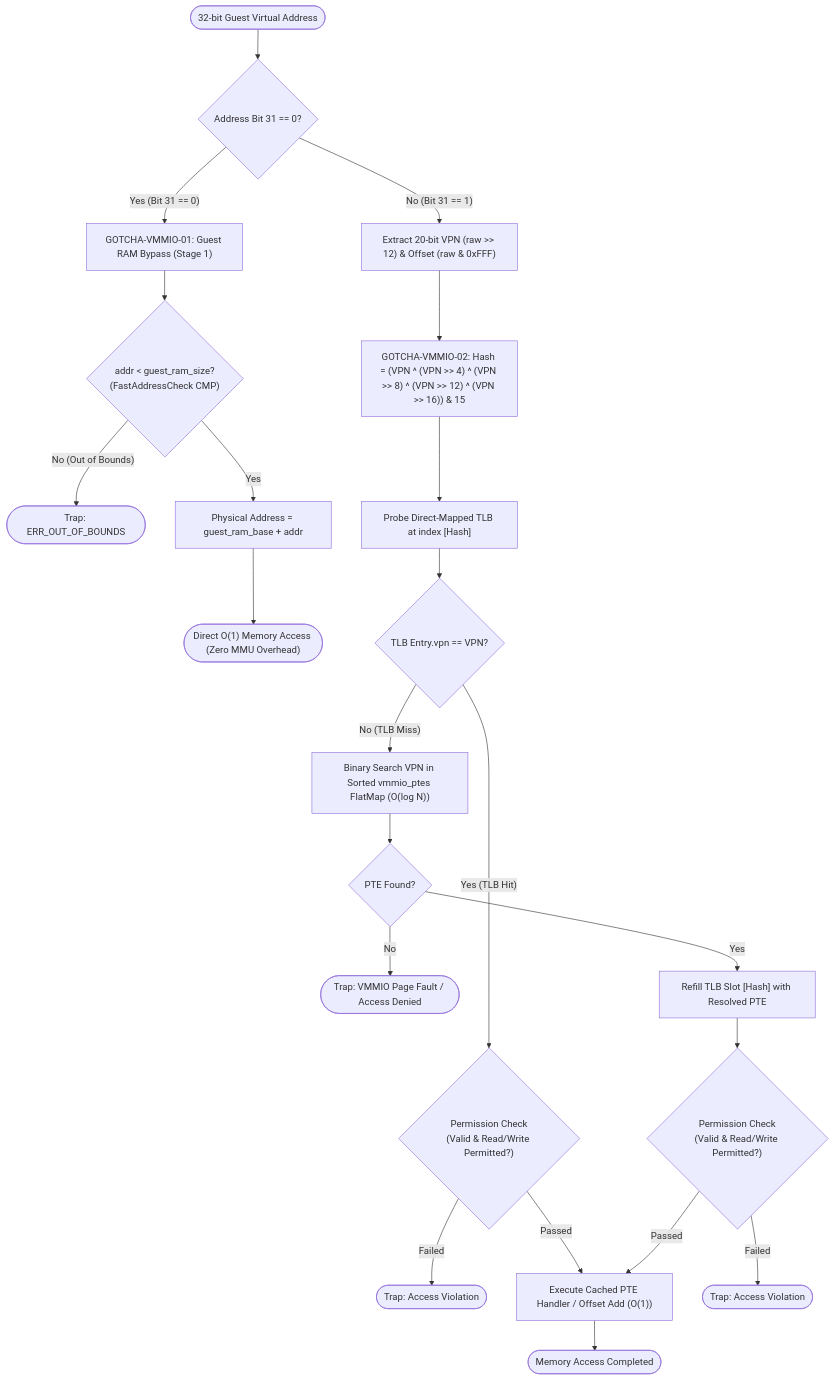
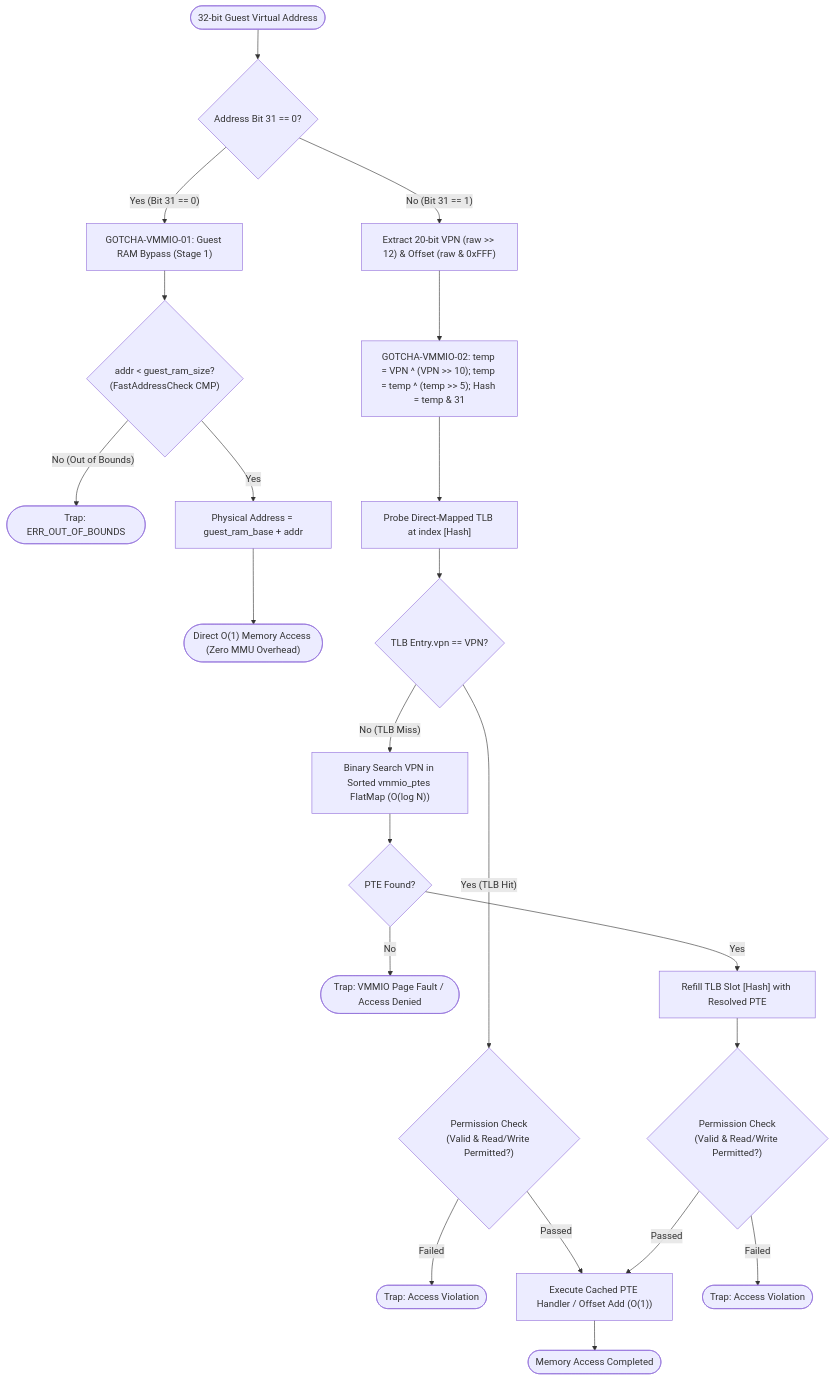
The second of 6 diagrams in docs/components/tier2_runtime/runtime_vmmio.md (kmt-t/fireball), drawn with Mermaid before and after one commit. The commit also changed other lines of this file and 24 other files, not shown here.

Commit message:
Expand TLB capacity and update Folding XOR mappings

````diff
--- a/docs/components/tier2_runtime/runtime_vmmio.md
+++ b/docs/components/tier2_runtime/runtime_vmmio.md
@@ -188,28 +188,28 @@
 ```mermaid
 flowchart TD
     Start(["32-bit Guest Virtual Address"]) --> CheckBit31{"Address Bit 31 == 0?"}
 
     CheckBit31 -- "Yes (Bit 31 == 0)" --> RAMBypass["GOTCHA-VMMIO-01: Guest RAM Bypass (Stage 1)"]
     RAMBypass --> CheckRAMBounds{"addr < guest_ram_size?<br/>(FastAddressCheck CMP)"}
     CheckRAMBounds -- "No (Out of Bounds)" --> TrapOOB(["Trap: ERR_OUT_OF_BOUNDS"])
     CheckRAMBounds -- "Yes" --> CalcRAM["Physical Address = guest_ram_base + addr"]
     CalcRAM --> DirectAccess(["Direct O(1) Memory Access (Zero MMU Overhead)"])
 
     CheckBit31 -- "No (Bit 31 == 1)" --> ExtractVPN["Extract 20-bit VPN (raw >> 12) & Offset (raw & 0xFFF)"]
-    ExtractVPN --> FoldingXOR["GOTCHA-VMMIO-02: Hash = (VPN ^ (VPN >> 4) ^ (VPN >> 8) ^ (VPN >> 12) ^ (VPN >> 16)) & 15"]
+    ExtractVPN --> FoldingXOR["GOTCHA-VMMIO-02: temp = VPN ^ (VPN >> 10); temp = temp ^ (temp >> 5); Hash = temp & 31"]
     FoldingXOR --> ProbeTLB["Probe Direct-Mapped TLB at index [Hash]"]
 
     ProbeTLB --> TLBHit{"TLB Entry.vpn == VPN?"}
     TLBHit -- "Yes (TLB Hit)" --> CheckPermHit{"Permission Check<br/>(Valid & Read/Write Permitted?)"}
     CheckPermHit -- "Failed" --> TrapAccessHit(["Trap: Access Violation"])
     CheckPermHit -- "Passed" --> ExecHandler["Execute Cached PTE Handler / Offset Add (O(1))"]
     ExecHandler --> Complete(["Memory Access Completed"])
 
     TLBHit -- "No (TLB Miss)" --> FlatMapWalk["Binary Search VPN in Sorted vmmio_ptes FlatMap (O(log N))"]
     FlatMapWalk --> WalkFound{"PTE Found?"}
     WalkFound -- "No" --> Fault(["Trap: VMMIO Page Fault / Access Denied"])
     WalkFound -- "Yes" --> RefillTLB["Refill TLB Slot [Hash] with Resolved PTE"]
     RefillTLB --> CheckPermMiss{"Permission Check<br/>(Valid & Read/Write Permitted?)"}
     CheckPermMiss -- "Failed" --> TrapAccessMiss(["Trap: Access Violation"])
     CheckPermMiss -- "Passed" --> ExecHandler
 ```
````
